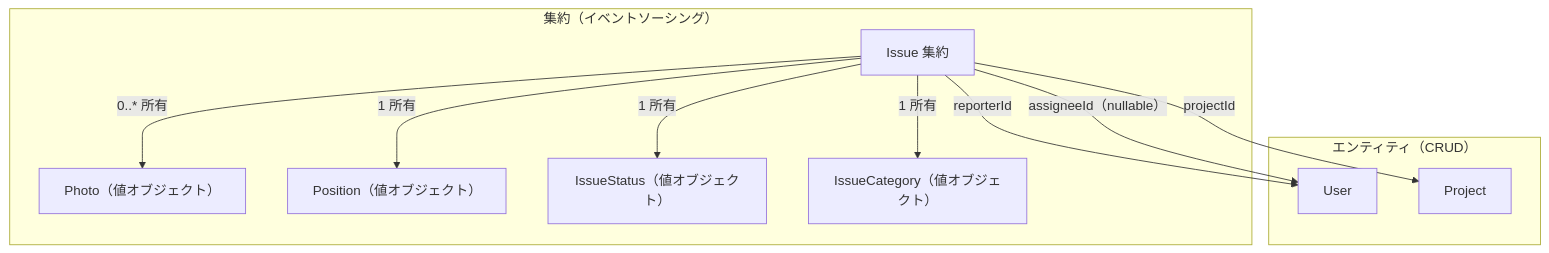
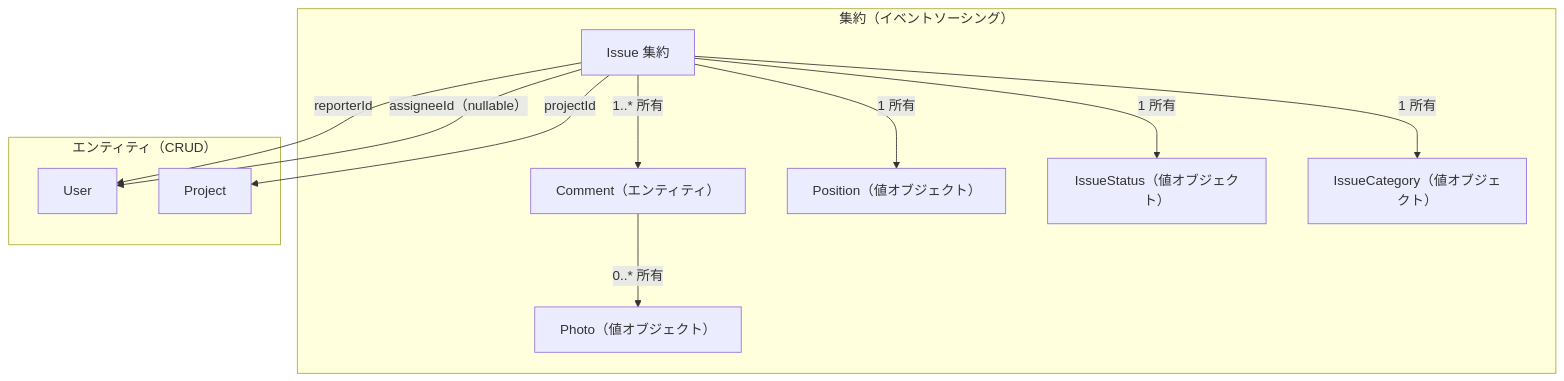
The first of 3 diagrams in docs/guides/domain-model.md (momotaro/aps-issue-manager), drawn with Mermaid before and after one commit. The commit also changed other lines of this file and 58 other files, not shown here.

````diff
--- a/docs/guides/domain-model.md
+++ b/docs/guides/domain-model.md
@@ -7,23 +7,25 @@
 ```mermaid
 graph TD
   subgraph "集約（イベントソーシング）"
     Issue["Issue 集約"]
+    Comment["Comment（エンティティ）"]
     Photo["Photo（値オブジェクト）"]
     Position["Position（値オブジェクト）"]
     Status["IssueStatus（値オブジェクト）"]
     Category["IssueCategory（値オブジェクト）"]
-    Issue -->|"0..* 所有"| Photo
+    Issue -->|"1..* 所有"| Comment
+    Comment -->|"0..* 所有"| Photo
     Issue -->|"1 所有"| Position
     Issue -->|"1 所有"| Status
     Issue -->|"1 所有"| Category
   end
 
   subgraph "エンティティ（CRUD）"
     User["User"]
     Project["Project"]
   end
 
   Issue -->|"projectId"| Project
   Issue -->|"reporterId"| User
   Issue -->|"assigneeId（nullable）"| User
 ```
````
